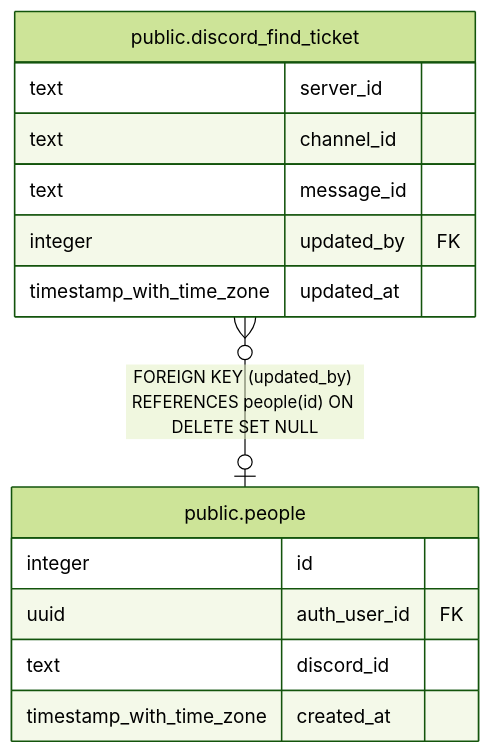
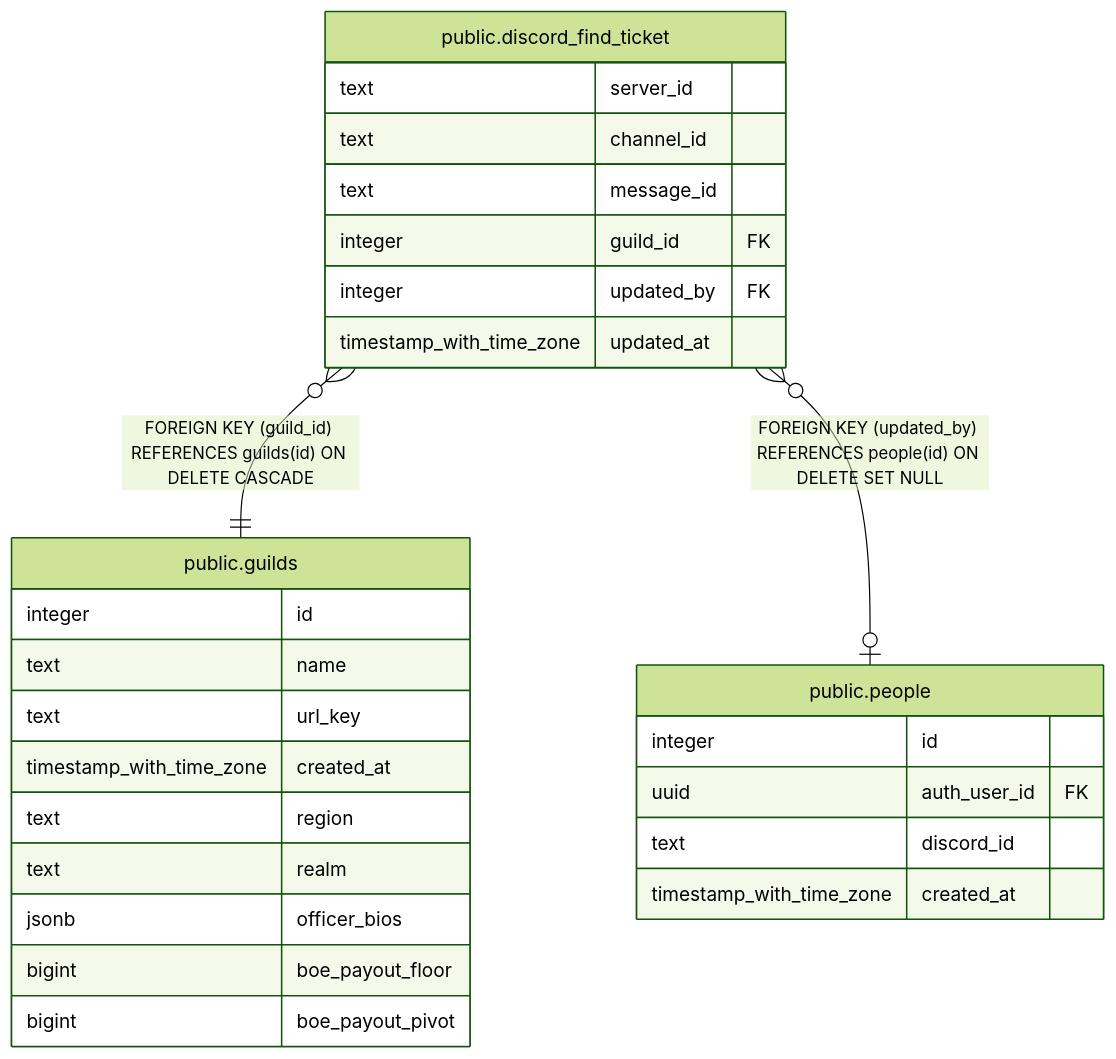
Before and after one commit to katogaming88/WGA-Raid-Hub: the diagram in dbdoc/public.discord_find_ticket.md, drawn with Mermaid (forest theme). The commit also changed other lines of this file and 15 other files, not shown here.

Commit message:
#1542: Kat's picks from the fresh-agent review: only the guild that set the Find my ticket message changes it, and each change writes an audit row

````diff
--- a/dbdoc/public.discord_find_ticket.md
+++ b/dbdoc/public.discord_find_ticket.md
@@ -41,19 +43,32 @@
 ```mermaid
 erDiagram
 
+"public.discord_find_ticket" }o--|| "public.guilds" : "FOREIGN KEY (guild_id) REFERENCES guilds(id) ON DELETE CASCADE"
 "public.discord_find_ticket" }o--o| "public.people" : "FOREIGN KEY (updated_by) REFERENCES people(id) ON DELETE SET NULL"
 
 "public.discord_find_ticket" {
   text server_id
   text channel_id
   text message_id
+  integer guild_id FK
   integer updated_by FK
   timestamp_with_time_zone updated_at
+}
+"public.guilds" {
+  integer id
+  text name
+  text url_key
+  timestamp_with_time_zone created_at
+  text region
+  text realm
+  jsonb officer_bios
+  bigint boe_payout_floor
+  bigint boe_payout_pivot
 }
 "public.people" {
   integer id
   uuid auth_user_id FK
   text discord_id
   timestamp_with_time_zone created_at
 }
 ```
````
